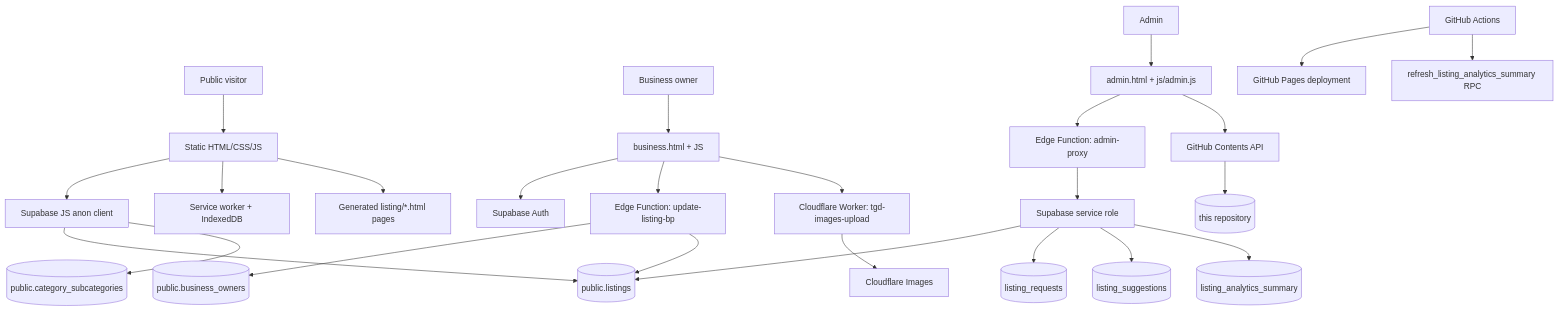
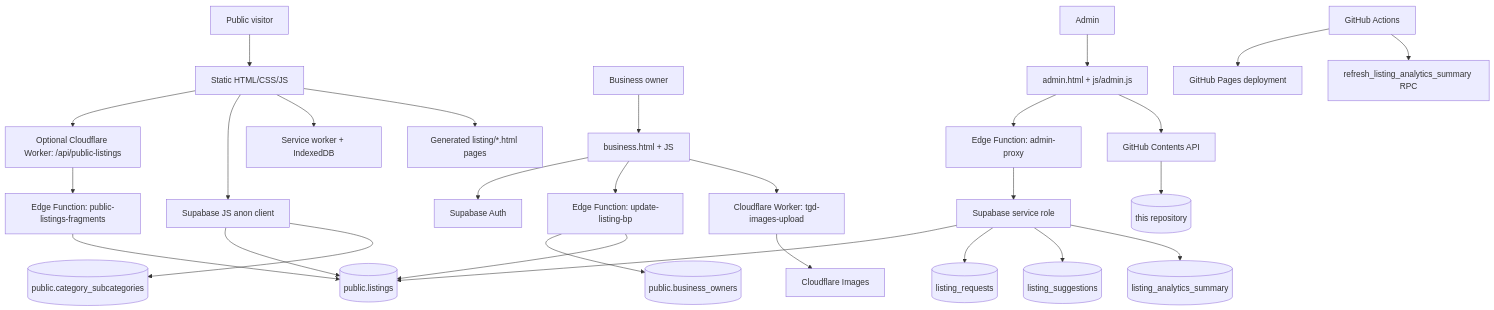
One commit to thegreekdirectory/listings changed the first of 2 diagrams in README.md. Above: the diagram before and after it, drawn with Mermaid. The commit also changed other lines of this file and 2 other files, not shown here.

Commit message:
Add public listings Worker facade

````diff
--- a/README.md
+++ b/README.md
@@ -54,30 +54,33 @@
 ```mermaid
 flowchart TD
   Visitor[Public visitor] --> StaticSite[Static HTML/CSS/JS]
+  StaticSite --> PublicListingsWorker[Optional Cloudflare Worker: /api/public-listings]
+  PublicListingsWorker --> PublicFragments[Edge Function: public-listings-fragments]
+  PublicFragments --> Listings[(public.listings)]
   StaticSite --> SupabaseAnon[Supabase JS anon client]
-  SupabaseAnon --> Listings[(public.listings)]
+  SupabaseAnon --> Listings
   SupabaseAnon --> Categories[(public.category_subcategories)]
   StaticSite --> PWA[Service worker + IndexedDB]
   StaticSite --> ListingPages[Generated listing/*.html pages]
 
   Owner[Business owner] --> BusinessPortal[business.html + JS]
   BusinessPortal --> SupabaseAuth[Supabase Auth]
   BusinessPortal --> UpdateBP[Edge Function: update-listing-bp]
   UpdateBP --> Owners[(public.business_owners)]
   UpdateBP --> Listings
   BusinessPortal --> ImageWorker[Cloudflare Worker: tgd-images-upload]
   ImageWorker --> CFImages[Cloudflare Images]
 
   Admin[Admin] --> AdminPortal[admin.html + js/admin.js]
   AdminPortal --> AdminProxy[Edge Function: admin-proxy]
   AdminProxy --> SupabaseService[Supabase service role]
   SupabaseService --> Listings
   SupabaseService --> Requests[(listing_requests)]
   SupabaseService --> Suggestions[(listing_suggestions)]
   SupabaseService --> Analytics[(listing_analytics_summary)]
   AdminPortal --> GitHubAPI[GitHub Contents API]
   GitHubAPI --> Repo[(this repository)]
 
   GitHubActions[GitHub Actions] --> GitHubPages[GitHub Pages deployment]
   GitHubActions --> RefreshRPC[refresh_listing_analytics_summary RPC]
 ```
````
